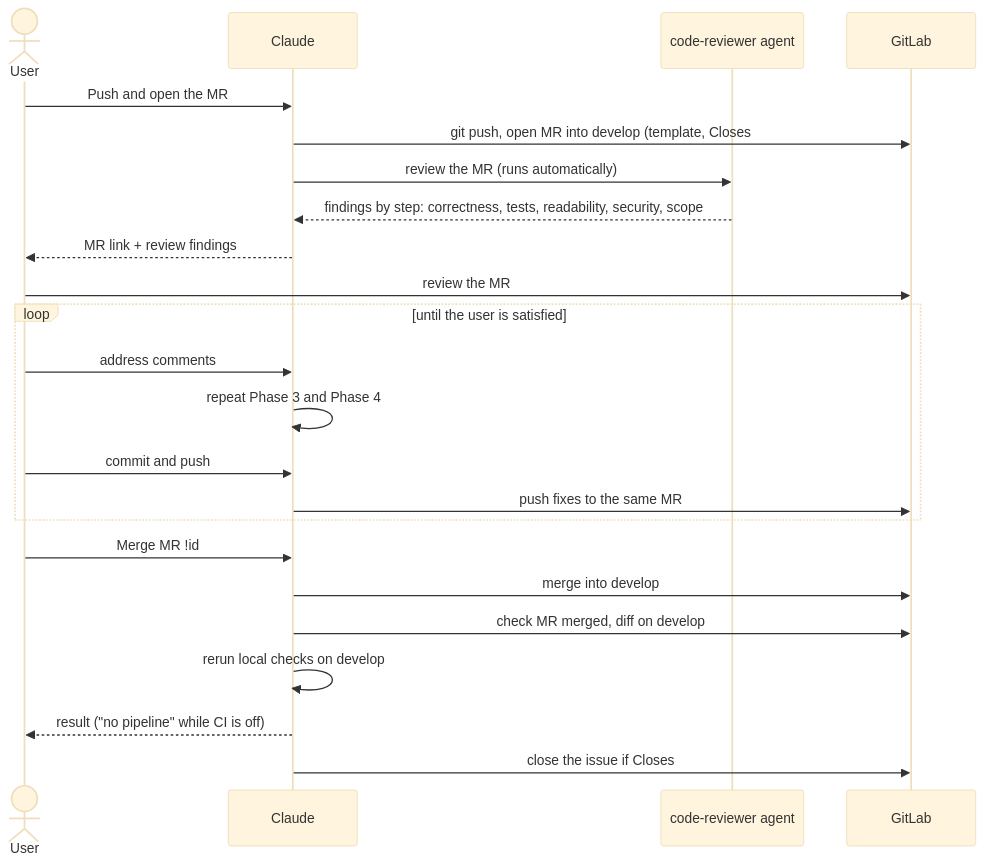
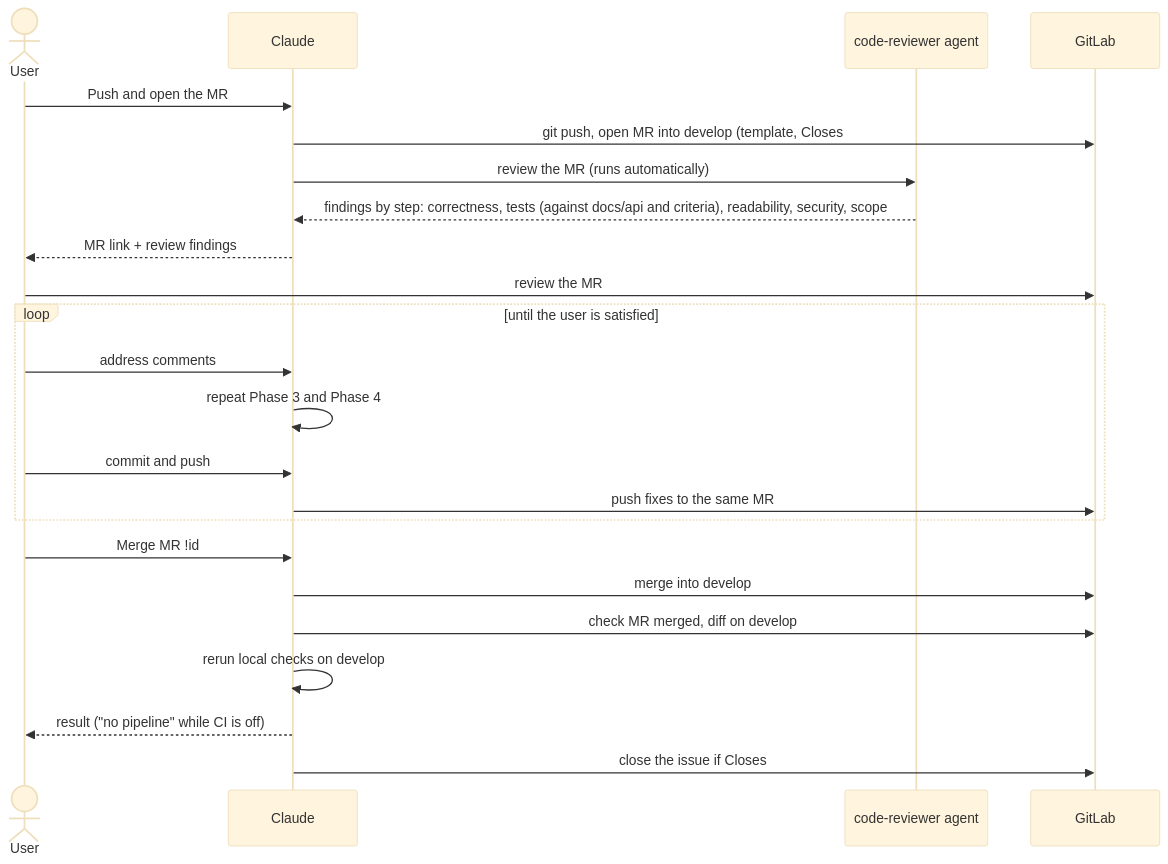
One commit to huynguyennang-agilityio/claude-code-training changed the third of 3 diagrams in docs/workflow.md. Above: the diagram before and after it, drawn with Mermaid (base theme). The commit also changed other lines of this file and 5 other files, not shown here.

````diff
--- a/docs/workflow.md
+++ b/docs/workflow.md
@@ -67,25 +67,25 @@
 ```mermaid
 sequenceDiagram
     actor U as User
     participant C as Claude
     participant R as code-reviewer agent
     participant G as GitLab
     U->>C: Push and open the MR
     C->>G: git push, open MR into develop (template, Closes #id)
     C->>R: review the MR (runs automatically)
-    R-->>C: findings by step: correctness, tests, readability, security, scope
+    R-->>C: findings by step: correctness, tests (against docs/api and criteria), readability, security, scope
     C-->>U: MR link + review findings
     U->>G: review the MR
     loop until the user is satisfied
         U->>C: address comments
         C->>C: repeat Phase 3 and Phase 4
         U->>C: commit and push
         C->>G: push fixes to the same MR
     end
     U->>C: Merge MR !id
     C->>G: merge into develop
     C->>G: check MR merged, diff on develop
     C->>C: rerun local checks on develop
     C-->>U: result ("no pipeline" while CI is off)
     C->>G: close the issue if Closes #id did not
 ```
````
